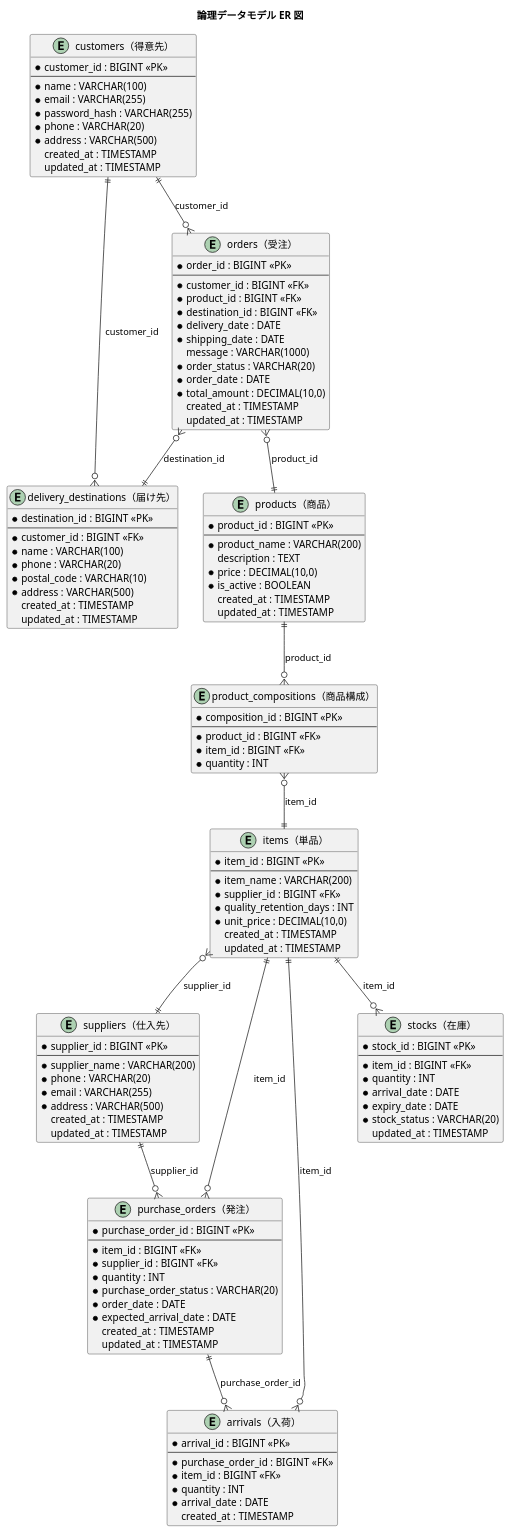
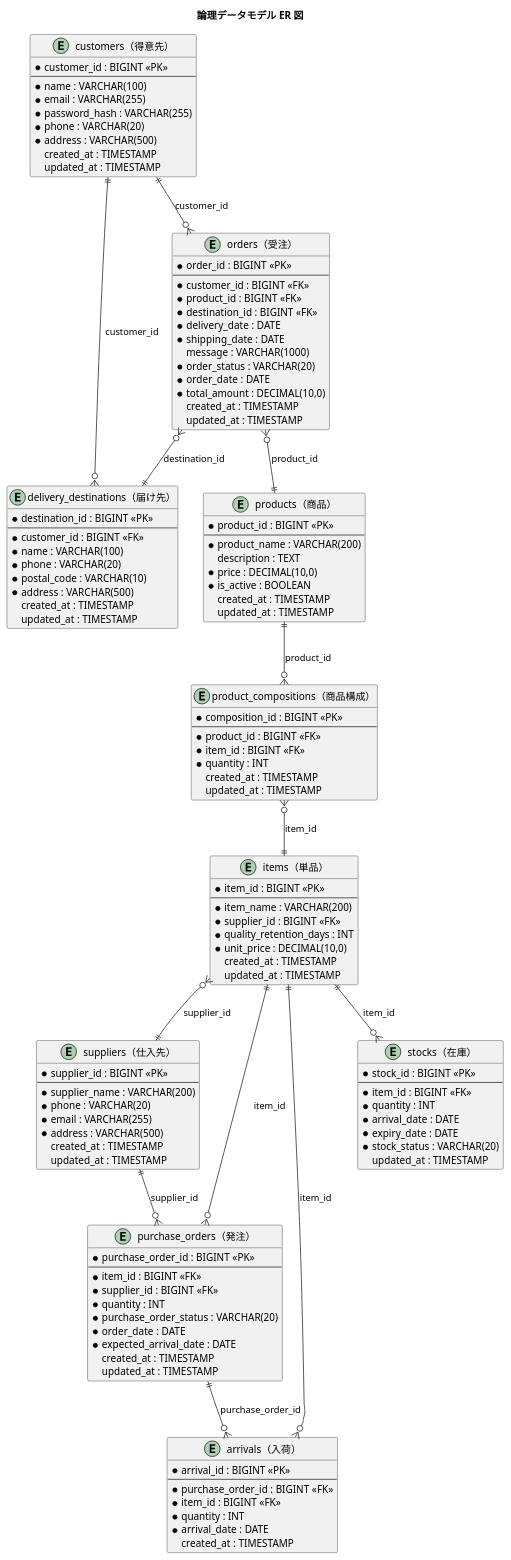
Before and after one commit to k2works/case-study-bouquet: the second of 2 diagrams in docs/design/data_model.md, drawn with PlantUML. The commit also changed other lines of this file and 3 other files, not shown here.

```diff
--- a/docs/design/data_model.md
+++ b/docs/design/data_model.md
@@ -140,6 +140,8 @@
   * product_id : BIGINT <<FK>>
   * item_id : BIGINT <<FK>>
   * quantity : INT
+  created_at : TIMESTAMP
+  updated_at : TIMESTAMP
 }
 
 entity "items（単品）" as items {
```
